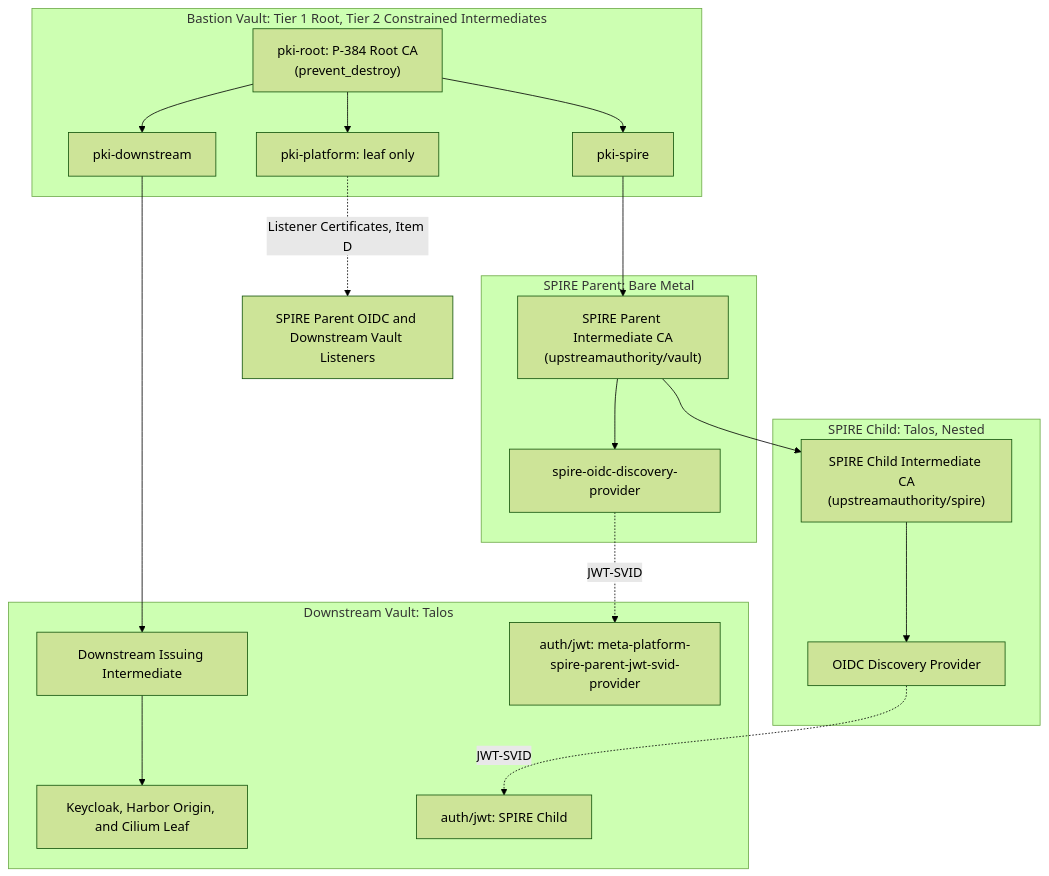
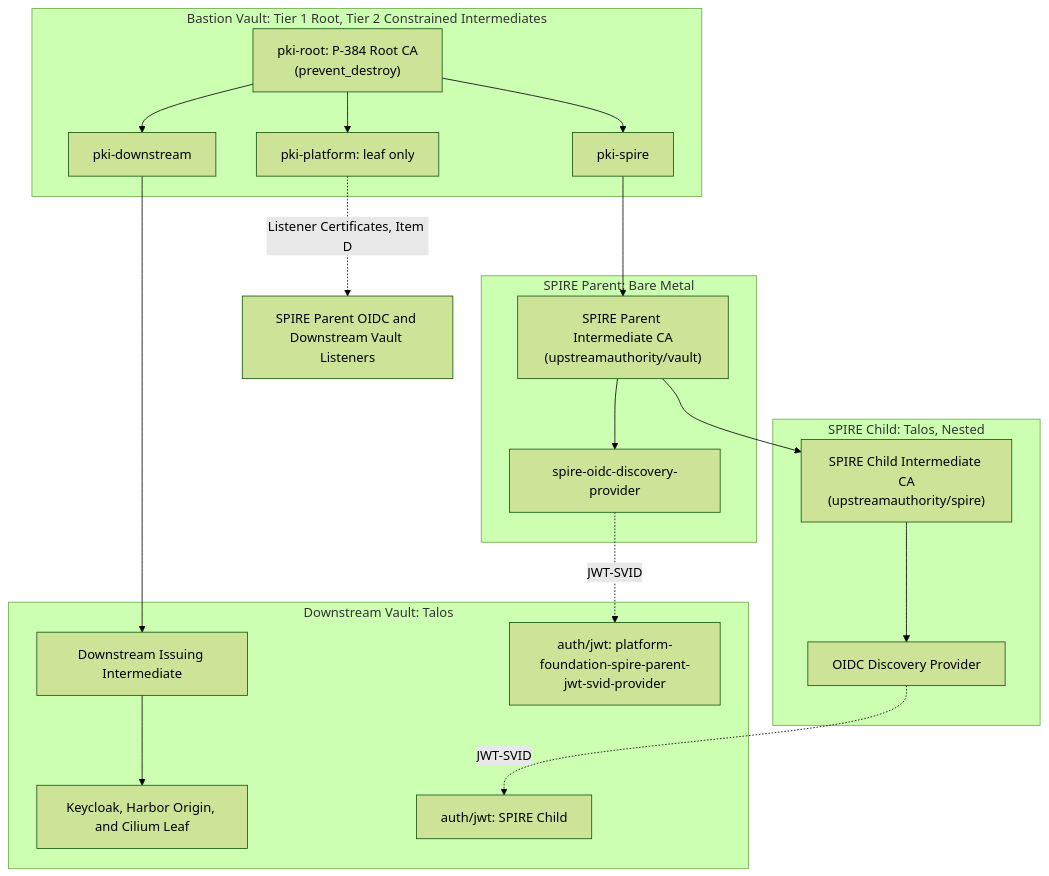
The diagram in documentation/architecture/platform-spire-parent-frontend.md (csning1998/meta-platform), drawn with Mermaid (forest theme) before and after one commit. The commit also changed other lines of this file and 114 other files, not shown here.

````diff
--- a/documentation/architecture/platform-spire-parent-frontend.md
+++ b/documentation/architecture/platform-spire-parent-frontend.md
@@ -55,39 +55,39 @@
 ```mermaid
 flowchart TD
     subgraph BASTION ["Bastion Vault: Tier 1 Root, Tier 2 Constrained Intermediates"]
         ROOT["pki-root: P-384 Root CA\n(prevent_destroy)"]
         SPIRE_INTER["pki-spire"]
         DOWN_INTER["pki-downstream"]
         PLATFORM_INTER["pki-platform: leaf only"]
     end
 
     subgraph PARENT ["SPIRE Parent: Bare Metal"]
         PARENT_CA["SPIRE Parent Intermediate CA\n(upstreamauthority/vault)"]
         PARENT_OIDC["spire-oidc-discovery-provider"]
     end
 
     subgraph CHILD ["SPIRE Child: Talos, Nested"]
         CHILD_CA["SPIRE Child Intermediate CA\n(upstreamauthority/spire)"]
         CHILD_OIDC["OIDC Discovery Provider"]
     end
 
     subgraph PRODVAULT ["Downstream Vault: Talos"]
         PROD_ISSUER["Downstream Issuing Intermediate"]
         PROD_LEAF["Keycloak, Harbor Origin, and Cilium Leaf"]
-        PARENT_JWT["auth/jwt: meta-platform-spire-parent-jwt-svid-provider"]
+        PARENT_JWT["auth/jwt: platform-foundation-spire-parent-jwt-svid-provider"]
         CHILD_JWT["auth/jwt: SPIRE Child"]
     end
 
     ROOT --> SPIRE_INTER
     ROOT --> DOWN_INTER
     ROOT --> PLATFORM_INTER
     SPIRE_INTER --> PARENT_CA
     DOWN_INTER --> PROD_ISSUER
     PROD_ISSUER --> PROD_LEAF
     PARENT_CA --> CHILD_CA
     PARENT_CA --> PARENT_OIDC
     CHILD_CA --> CHILD_OIDC
     PLATFORM_INTER -.->|Listener Certificates, Item D| LISTENERS["SPIRE Parent OIDC and Downstream Vault Listeners"]
     PARENT_OIDC -.->|JWT-SVID| PARENT_JWT
     CHILD_OIDC -.->|JWT-SVID| CHILD_JWT
 ```
````
